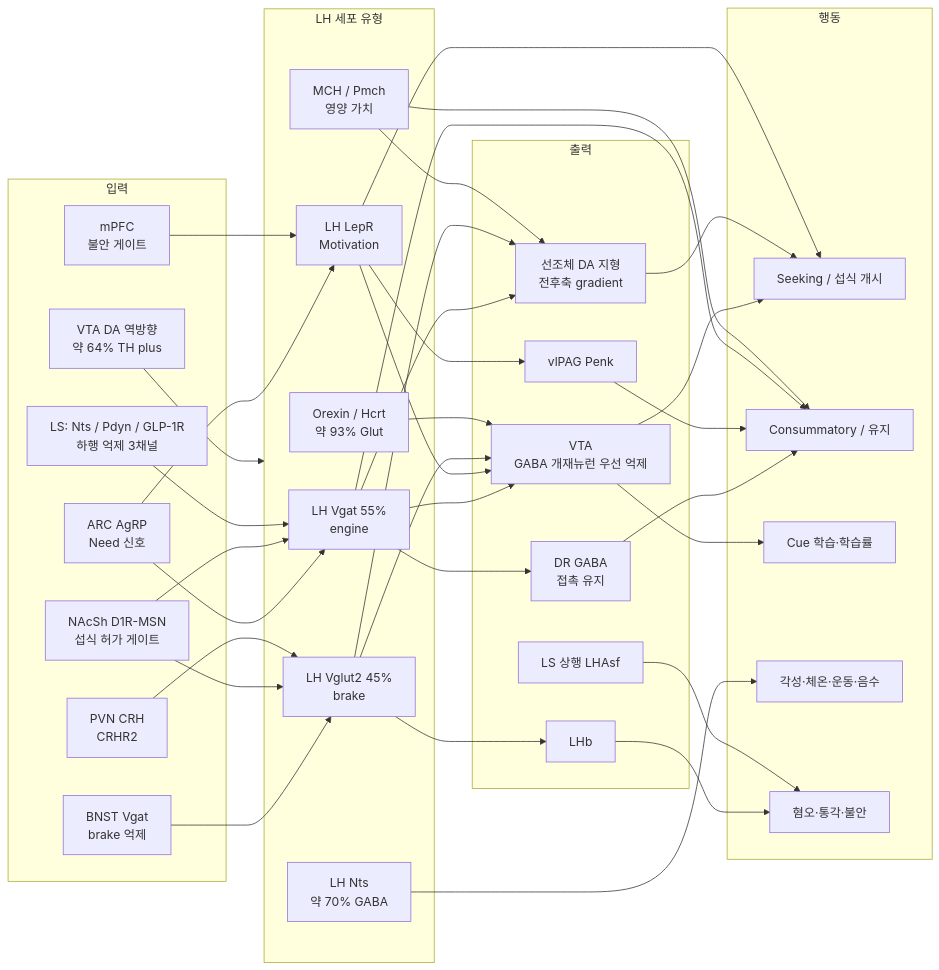
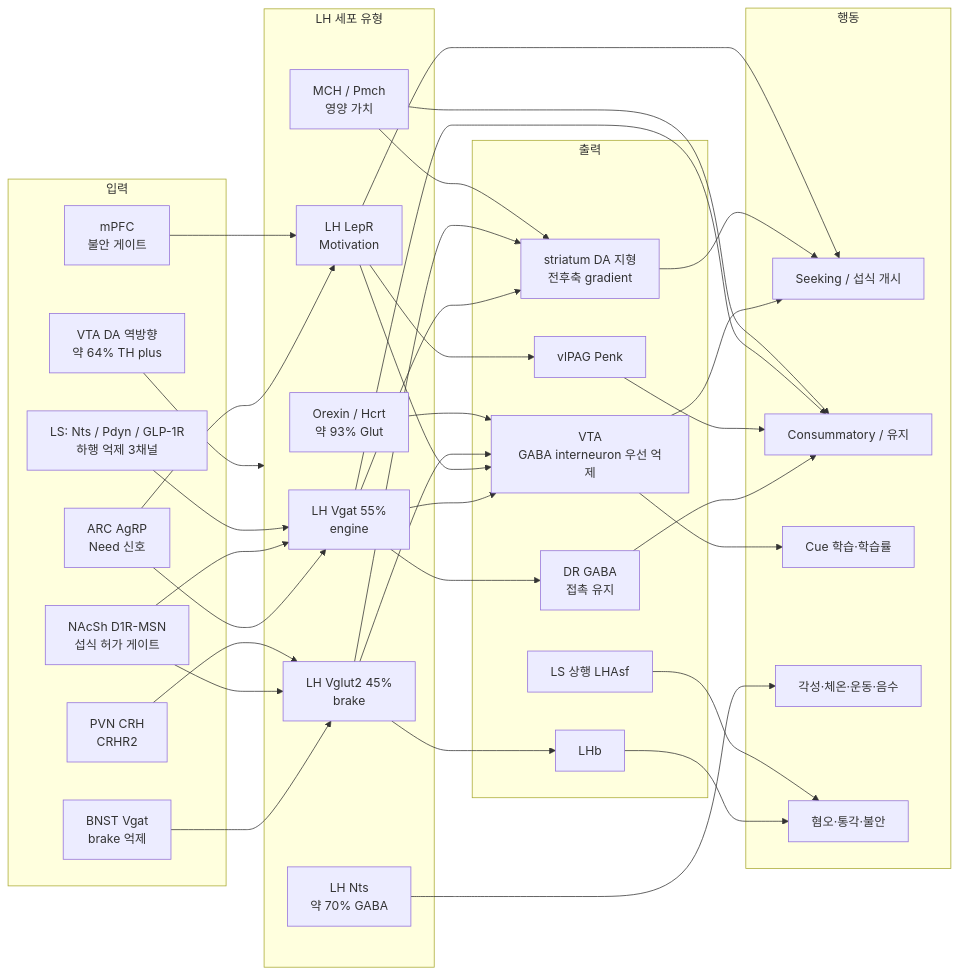
The diagram in content/overview-lateral-hypothalamus-synthesis.md (hjchoiSNU/llm-wiki), drawn with Mermaid before and after one commit. The commit also changed other lines of this file and 449 other files, not shown here.

````diff
--- a/content/overview-lateral-hypothalamus-synthesis.md
+++ b/content/overview-lateral-hypothalamus-synthesis.md
@@ -51,65 +51,65 @@
 ```mermaid
 flowchart LR
   subgraph IN["입력"]
     AGRP["ARC AgRP<br/>Need 신호"]
     BNST["BNST Vgat<br/>brake 억제"]
     NAC["NAcSh D1R-MSN<br/>섭식 허가 게이트"]
     LSin["LS: Nts / Pdyn / GLP-1R<br/>하행 억제 3채널"]
     PVN["PVN CRH<br/>CRHR2"]
     PFC["mPFC<br/>불안 게이트"]
     VTAd["VTA DA 역방향<br/>약 64% TH plus"]
   end
   subgraph LHc["LH 세포 유형"]
     VGAT["LH Vgat 55%<br/>engine"]
     LEPR["LH LepR<br/>Motivation"]
     NTSc["LH Nts<br/>약 70% GABA"]
     VGLUT["LH Vglut2 45%<br/>brake"]
     ORX["Orexin / Hcrt<br/>약 93% Glut"]
     MCHc["MCH / Pmch<br/>영양 가치"]
   end
   subgraph OUT["출력"]
-    VTA["VTA<br/>GABA 개재뉴런 우선 억제"]
+    VTA["VTA<br/>GABA interneuron 우선 억제"]
     LHB["LHb"]
     PAGo["vlPAG Penk"]
     DRo["DR GABA<br/>접촉 유지"]
-    STR["선조체 DA 지형<br/>전후축 gradient"]
+    STR["striatum DA 지형<br/>전후축 gradient"]
     LSo["LS 상행 LHAsf"]
   end
   subgraph BEH["행동"]
     SEEK["Seeking / 섭식 개시"]
     CONS["Consummatory / 유지"]
     LEARN["Cue 학습·학습률"]
     AROUSE["각성·체온·운동·음수"]
     AVER["혐오·통각·불안"]
   end
   AGRP --> VGAT
   AGRP --> LEPR
   BNST --> VGLUT
   NAC --> VGAT
   NAC --> VGLUT
   LSin --> VGAT
   PVN --> VGLUT
   PFC --> LEPR
   VTAd --> LHc
   VGAT --> VTA
   VGAT --> DRo
   VGAT --> STR
   LEPR --> VTA
   LEPR --> PAGo
   NTSc --> AROUSE
   VGLUT --> LHB
   VGLUT --> VTA
   VGLUT --> STR
   ORX --> VTA
   MCHc --> STR
   VTA --> SEEK
   VTA --> LEARN
   STR --> SEEK
   DRo --> CONS
   PAGo --> CONS
   LHB --> AVER
   LSo --> AVER
   VGAT --> CONS
   LEPR --> SEEK
   MCHc --> CONS
 ```
````
